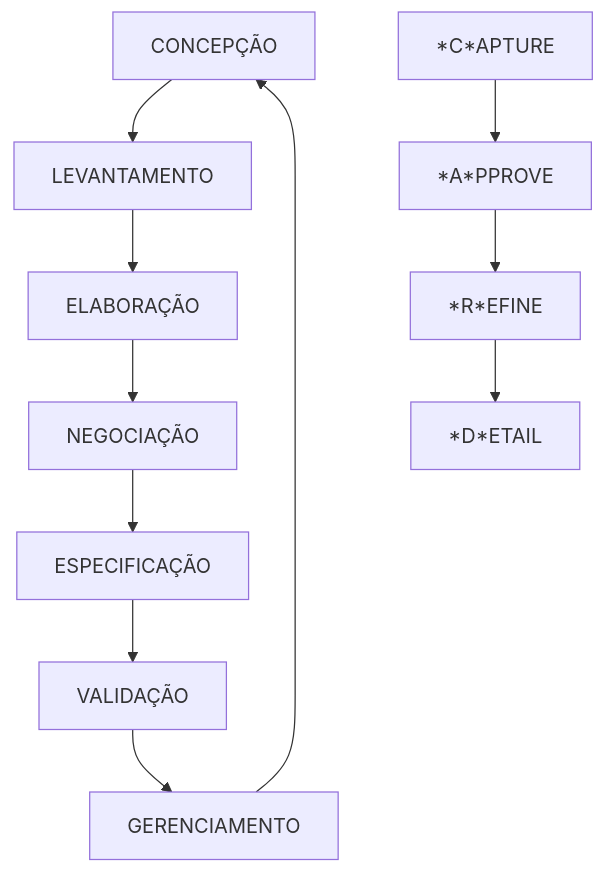
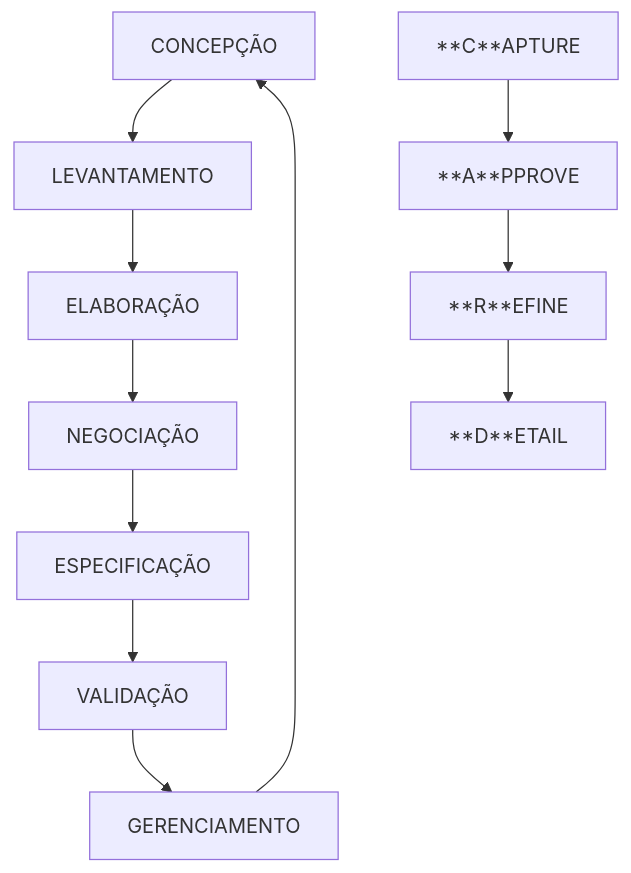
The diagram in Engenharia e Requisitos de Software/Aula 02.04.25.md (ericmds/3-Semestre), drawn with Mermaid before and after one commit.

Commit message:
Update Aula 02.04.25.md

````diff
--- a/Engenharia e Requisitos de Software/Aula 02.04.25.md
+++ b/Engenharia e Requisitos de Software/Aula 02.04.25.md
@@ -2,14 +2,14 @@
   ```mermaid
   graph TD;
     CONCEPÇÃO-->LEVANTAMENTO
     LEVANTAMENTO-->ELABORAÇÃO
     ELABORAÇÃO-->NEGOCIAÇÃO
     NEGOCIAÇÃO-->ESPECIFICAÇÃO
     ESPECIFICAÇÃO-->VALIDAÇÃO
     VALIDAÇÃO-->GERENCIAMENTO
     GERENCIAMENTO-->CONCEPÇÃO
 
-    *C*APTURE-->*A*PPROVE
-    *A*PPROVE-->*R*EFINE
-    *R*EFINE-->*D*ETAIL
+    **C**APTURE-->**A**PPROVE
+    **A**PPROVE-->**R**EFINE
+    **R**EFINE-->**D**ETAIL
   ```
````
